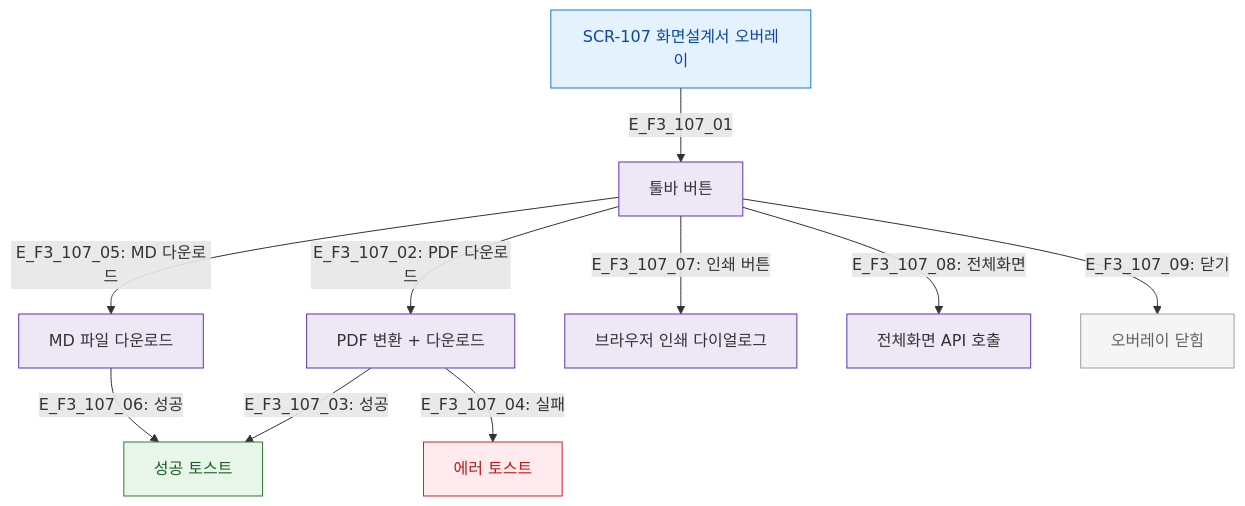
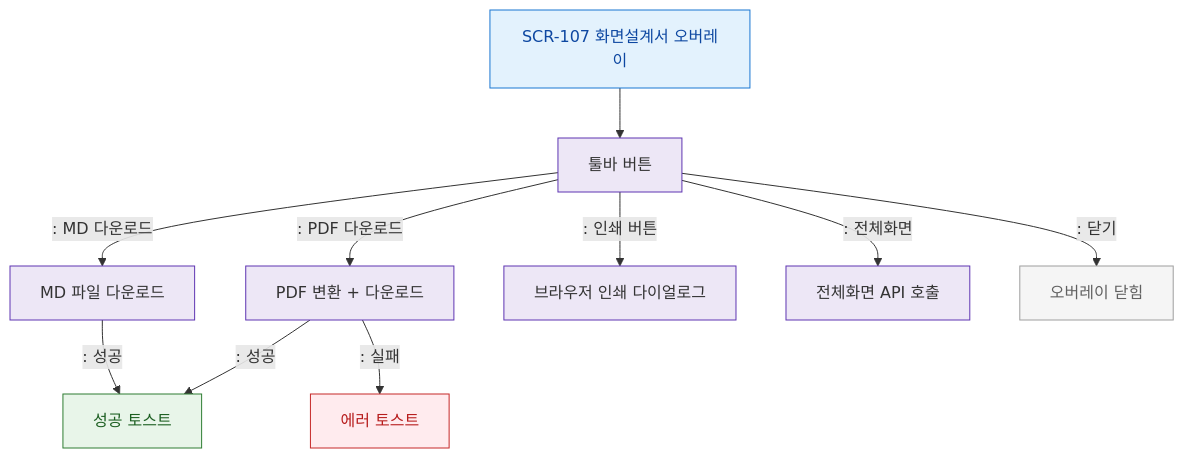
The diagram in docs/다이어그램/D01_공통/SCR-107_화면설계서오버레이/F3_버튼액션.md (dev-spogym/admin-pando), drawn with Mermaid before and after one commit. The commit also changed other lines of this file and 1660 other files, not shown here.

First line of the commit message:
다이어그램: 기획자/클라이언트 납품본으로 정리

````diff
--- a/docs/다이어그램/D01_공통/SCR-107_화면설계서오버레이/F3_버튼액션.md
+++ b/docs/다이어그램/D01_공통/SCR-107_화면설계서오버레이/F3_버튼액션.md
@@ -19,26 +17,26 @@
 ```mermaid
 flowchart TD
-    SCR_107[SCR-107 화면설계서 오버레이] -->|E_F3_107_01| TOOLBAR[툴바 버튼]
+    SCR_107[SCR-107 화면설계서 오버레이] --> TOOLBAR[툴바 버튼]
 
-    TOOLBAR -->|"E_F3_107_02: PDF 다운로드"| DL_PDF[PDF 변환 + 다운로드]
-    DL_PDF -->|"E_F3_107_03: 성공"| SUCCESS_TOAST[성공 토스트]
-    DL_PDF -->|"E_F3_107_04: 실패"| ERR_TOAST[에러 토스트]
+    TOOLBAR -->|": PDF 다운로드"|DL_PDF[PDF 변환 + 다운로드]
+    DL_PDF -->|": 성공"|SUCCESS_TOAST[성공 토스트]
+    DL_PDF -->|": 실패"|ERR_TOAST[에러 토스트]
 
-    TOOLBAR -->|"E_F3_107_05: MD 다운로드"| DL_MD[MD 파일 다운로드]
-    DL_MD -->|"E_F3_107_06: 성공"| SUCCESS_TOAST
+    TOOLBAR -->|": MD 다운로드"|DL_MD[MD 파일 다운로드]
+    DL_MD -->|": 성공"|SUCCESS_TOAST
 
-    TOOLBAR -->|"E_F3_107_07: 인쇄 버튼"| PRINT[브라우저 인쇄 다이얼로그]
-    TOOLBAR -->|"E_F3_107_08: 전체화면"| FULLSCREEN[전체화면 API 호출]
-    TOOLBAR -->|"E_F3_107_09: 닫기"| CLOSE[오버레이 닫힘]
+    TOOLBAR -->|": 인쇄 버튼"|PRINT[브라우저 인쇄 다이얼로그]
+    TOOLBAR -->|": 전체화면"|FULLSCREEN[전체화면 API 호출]
+    TOOLBAR -->|": 닫기"|CLOSE[오버레이 닫힘]
 
-    classDef screen  fill:#E3F2FD,stroke:#1976D2,color:#0D47A1
-    classDef system  fill:#EDE7F6,stroke:#5E35B2
+    classDef screen fill:#E3F2FD,stroke:#1976D2,color:#0D47A1
+    classDef system fill:#EDE7F6,stroke:#5E35B2
     classDef success fill:#E8F5E9,stroke:#2E7D32,color:#1B5E20
-    classDef error   fill:#FFEBEE,stroke:#C62828,color:#B71C1C
+    classDef error fill:#FFEBEE,stroke:#C62828,color:#B71C1C
     classDef rbacBlocked fill:#F5F5F5,stroke:#9E9E9E,color:#616161
     class SCR_107 screen
     class TOOLBAR,DL_PDF,DL_MD,PRINT,FULLSCREEN system
     class SUCCESS_TOAST success
     class ERR_TOAST error
     class CLOSE rbacBlocked
 ```
````
